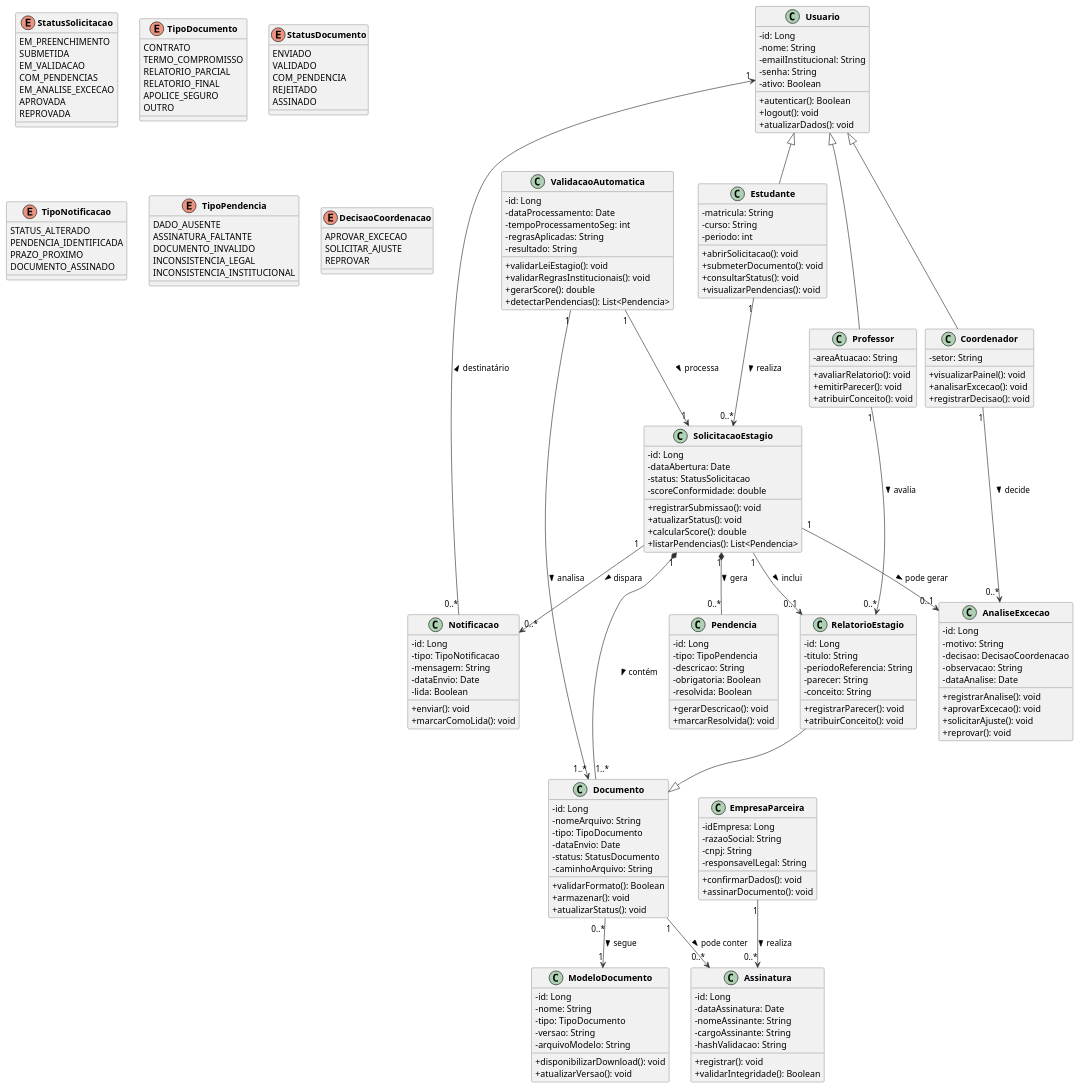
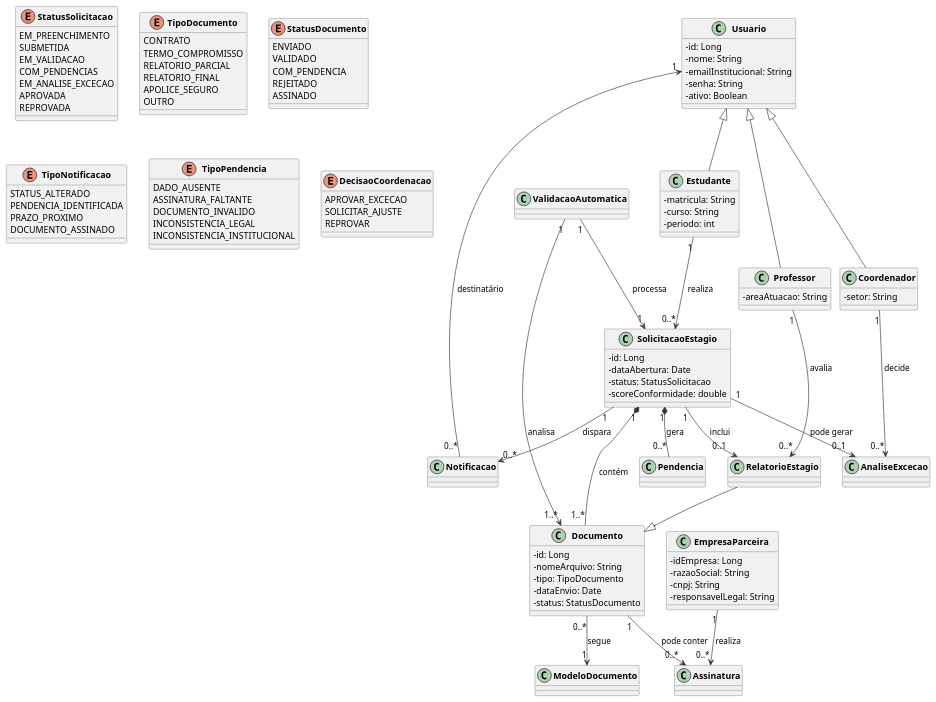
Before and after one commit to Projetos-de-Extensao/PBE_26.1_8001_VII: the diagram in docs/Elaboracao/diagrama_de_classes.md, drawn with PlantUML. The commit also changed other lines of this file, not shown here.

````diff
--- a/docs/Elaboracao/diagrama_de_classes.md
+++ b/docs/Elaboracao/diagrama_de_classes.md
@@ -67,33 +67,20 @@
   - emailInstitucional: String
   - senha: String
   - ativo: Boolean
-  + autenticar(): Boolean
-  + logout(): void
-  + atualizarDados(): void
 }
 
 class Estudante {
   - matricula: String
   - curso: String
   - periodo: int
-  + abrirSolicitacao(): void
-  + submeterDocumento(): void
-  + consultarStatus(): void
-  + visualizarPendencias(): void
 }
 
 class Professor {
   - areaAtuacao: String
-  + avaliarRelatorio(): void
-  + emitirParecer(): void
-  + atribuirConceito(): void
 }
 
 class Coordenador {
   - setor: String
-  + visualizarPainel(): void
-  + analisarExcecao(): void
-  + registrarDecisao(): void
 }
 
 class EmpresaParceira {
@@ -101,8 +88,6 @@
   - razaoSocial: String
   - cnpj: String
   - responsavelLegal: String
-  + confirmarDados(): void
-  + assinarDocumento(): void
 }
 
 class SolicitacaoEstagio {
@@ -110,10 +95,6 @@
   - dataAbertura: Date
   - status: StatusSolicitacao
   - scoreConformidade: double
-  + registrarSubmissao(): void
-  + atualizarStatus(): void
-  + calcularScore(): double
-  + listarPendencias(): List<Pendencia>
 }
 
 class Documento {
@@ -122,109 +103,39 @@
   - tipo: TipoDocumento
   - dataEnvio: Date
   - status: StatusDocumento
-  - caminhoArquivo: String
-  + validarFormato(): Boolean
-  + armazenar(): void
-  + atualizarStatus(): void
 }
 
-class ValidacaoAutomatica {
-  - id: Long
-  - dataProcessamento: Date
-  - tempoProcessamentoSeg: int
-  - regrasAplicadas: String
-  - resultado: String
-  + validarLeiEstagio(): void
-  + validarRegrasInstitucionais(): void
-  + gerarScore(): double
-  + detectarPendencias(): List<Pendencia>
-}
-
-class Pendencia {
-  - id: Long
-  - tipo: TipoPendencia
-  - descricao: String
-  - obrigatoria: Boolean
-  - resolvida: Boolean
-  + gerarDescricao(): void
-  + marcarResolvida(): void
-}
-
-class Notificacao {
-  - id: Long
-  - tipo: TipoNotificacao
-  - mensagem: String
-  - dataEnvio: Date
-  - lida: Boolean
-  + enviar(): void
-  + marcarComoLida(): void
-}
-
-class ModeloDocumento {
-  - id: Long
-  - nome: String
-  - tipo: TipoDocumento
-  - versao: String
-  - arquivoModelo: String
-  + disponibilizarDownload(): void
-  + atualizarVersao(): void
-}
-
-class Assinatura {
-  - id: Long
-  - dataAssinatura: Date
-  - nomeAssinante: String
-  - cargoAssinante: String
-  - hashValidacao: String
-  + registrar(): void
-  + validarIntegridade(): Boolean
-}
-
-class RelatorioEstagio {
-  - id: Long
-  - titulo: String
-  - periodoReferencia: String
-  - parecer: String
-  - conceito: String
-  + registrarParecer(): void
-  + atribuirConceito(): void
-}
-
-class AnaliseExcecao {
-  - id: Long
-  - motivo: String
-  - decisao: DecisaoCoordenacao
-  - observacao: String
-  - dataAnalise: Date
-  + registrarAnalise(): void
-  + aprovarExcecao(): void
-  + solicitarAjuste(): void
-  + reprovar(): void
-}
+class ValidacaoAutomatica
+class Pendencia
+class Notificacao
+class ModeloDocumento
+class Assinatura
+class RelatorioEstagio
+class AnaliseExcecao
 
 Usuario <|-- Estudante
 Usuario <|-- Professor
 Usuario <|-- Coordenador
 
-Estudante "1" --> "0..*" SolicitacaoEstagio : realiza >
-SolicitacaoEstagio "1" *-- "1..*" Documento : contém >
-SolicitacaoEstagio "1" *-- "0..*" Pendencia : gera >
-SolicitacaoEstagio "1" --> "0..*" Notificacao : dispara >
-SolicitacaoEstagio "1" --> "0..1" AnaliseExcecao : pode gerar >
-SolicitacaoEstagio "1" --> "0..1" RelatorioEstagio : inclui >
+Estudante "1" --> "0..*" SolicitacaoEstagio : realiza
+SolicitacaoEstagio "1" *-- "1..*" Documento : contém
+SolicitacaoEstagio "1" *-- "0..*" Pendencia : gera
+SolicitacaoEstagio "1" --> "0..*" Notificacao : dispara
+SolicitacaoEstagio "1" --> "0..1" AnaliseExcecao : pode gerar
+SolicitacaoEstagio "1" --> "0..1" RelatorioEstagio : inclui
 
-ValidacaoAutomatica "1" --> "1" SolicitacaoEstagio : processa >
-ValidacaoAutomatica "1" --> "1..*" Documento : analisa >
+ValidacaoAutomatica "1" --> "1" SolicitacaoEstagio : processa
+ValidacaoAutomatica "1" --> "1..*" Documento : analisa
 
-Professor "1" --> "0..*" RelatorioEstagio : avalia >
-Coordenador "1" --> "0..*" AnaliseExcecao : decide >
-EmpresaParceira "1" --> "0..*" Assinatura : realiza >
+Professor "1" --> "0..*" RelatorioEstagio : avalia
+Coordenador "1" --> "0..*" AnaliseExcecao : decide
+EmpresaParceira "1" --> "0..*" Assinatura : realiza
 
-Documento "1" --> "0..*" Assinatura : pode conter >
-Documento "0..*" --> "1" ModeloDocumento : segue >
+Documento "1" --> "0..*" Assinatura : pode conter
+Documento "0..*" --> "1" ModeloDocumento : segue
 RelatorioEstagio --|> Documento
 
-Notificacao "0..*" --> "1" Usuario : destinatário >
+Notificacao "0..*" --> "1" Usuario : destinatário
 
 @enduml
 ```
````
